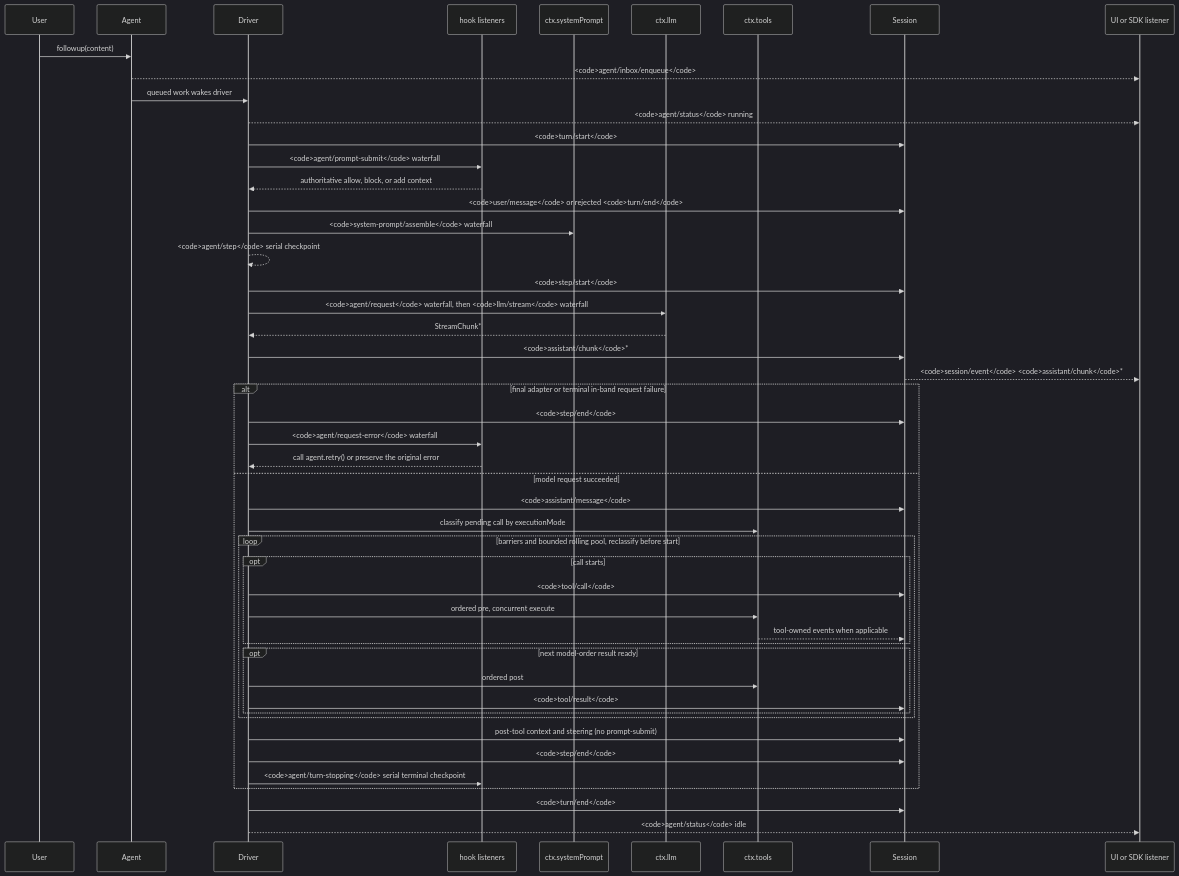
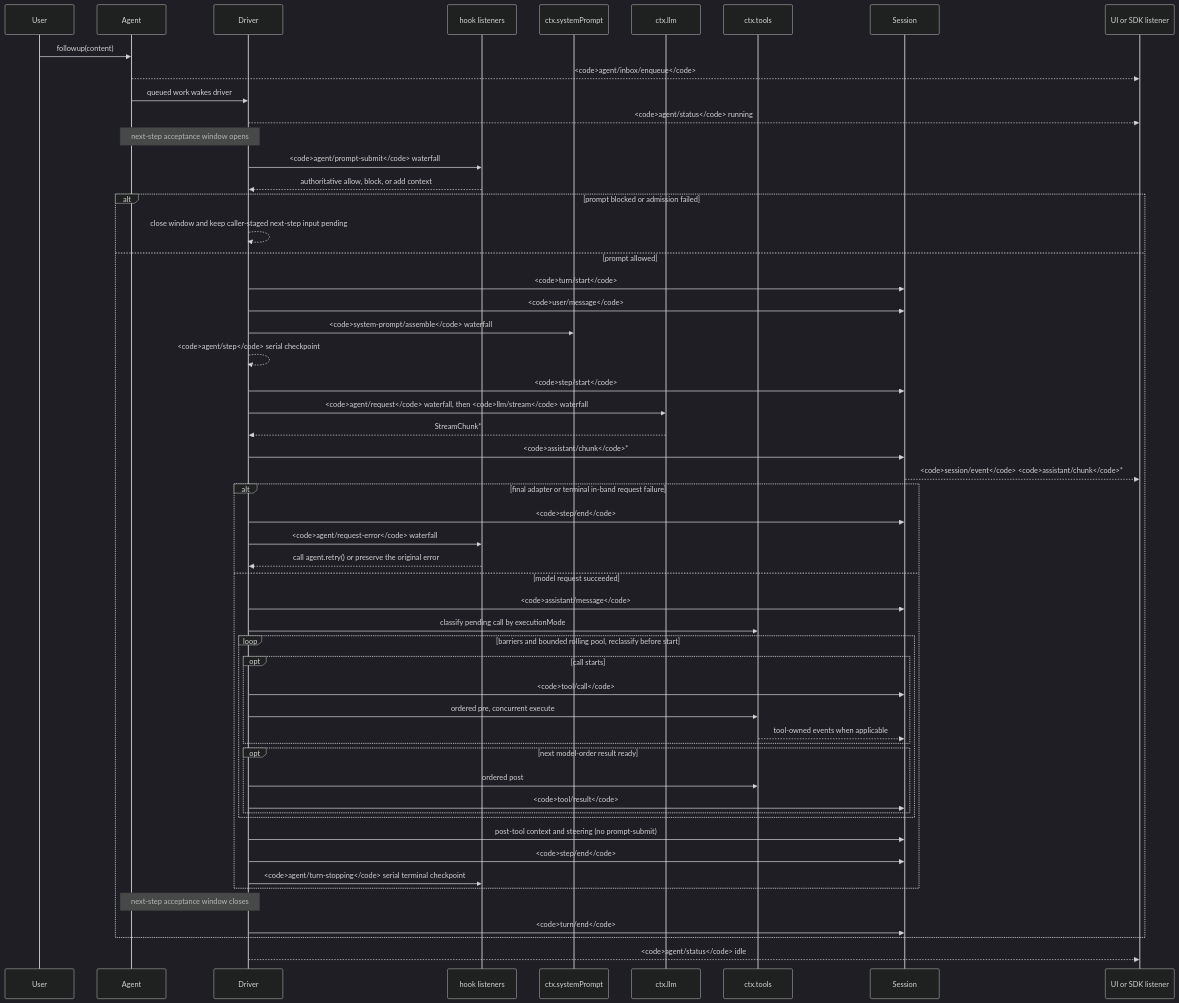
One commit to 007M7/DeepCode changed the diagram in docs/agent-lifecycle.md. Above: the diagram before and after it, drawn with Mermaid (dark theme). The commit also changed 34 other files, not shown here.

Commit message:
docs(agent): document next-step acceptance window

````diff
--- a/docs/agent-lifecycle.md
+++ b/docs/agent-lifecycle.md
@@ -8,51 +8,57 @@
 ```mermaid
 sequenceDiagram
   participant User
   participant Agent
   participant Driver
   participant Hooks as hook listeners
   participant Prompt as ctx.systemPrompt
   participant LLM as ctx.llm
   participant Tools as ctx.tools
   participant Session
   participant SDK as UI or SDK listener
   User->>Agent: followup(content)
   Agent-->>SDK: <code>agent/inbox/enqueue</code>
   Agent->>Driver: queued work wakes driver
   Driver-->>SDK: <code>agent/status</code> running
-  Driver->>Session: <code>turn/start</code>
+  Note over Agent,Driver: next-step acceptance window opens
   Driver->>Hooks: <code>agent/prompt-submit</code> waterfall
   Hooks-->>Driver: authoritative allow, block, or add context
-  Driver->>Session: <code>user/message</code> or rejected <code>turn/end</code>
+  alt prompt blocked or admission failed
+    Driver-->>Driver: close window and keep caller-staged next-step input pending
+  else prompt allowed
+  Driver->>Session: <code>turn/start</code>
+  Driver->>Session: <code>user/message</code>
   Driver->>Prompt: <code>system-prompt/assemble</code> waterfall
   Driver-->>Driver: <code>agent/step</code> serial checkpoint
   Driver->>Session: <code>step/start</code>
   Driver->>LLM: <code>agent/request</code> waterfall, then <code>llm/stream</code> waterfall
   LLM-->>Driver: StreamChunk*
   Driver->>Session: <code>assistant/chunk</code>*
   Session-->>SDK: <code>session/event</code> <code>assistant/chunk</code>*
   alt final adapter or terminal in-band request failure
     Driver->>Session: <code>step/end</code>
     Driver->>Hooks: <code>agent/request-error</code> waterfall
     Hooks-->>Driver: call agent.retry() or preserve the original error
   else model request succeeded
   Driver->>Session: <code>assistant/message</code>
   Driver->>Tools: classify pending call by executionMode
   loop barriers and bounded rolling pool, reclassify before start
     opt call starts
       Driver->>Session: <code>tool/call</code>
       Driver->>Tools: ordered pre, concurrent execute
       Tools-->>Session: tool-owned events when applicable
     end
     opt next model-order result ready
       Driver->>Tools: ordered post
       Driver->>Session: <code>tool/result</code>
     end
   end
   Driver->>Session: post-tool context and steering (no prompt-submit)
   Driver->>Session: <code>step/end</code>
   Driver->>Hooks: <code>agent/turn-stopping</code> serial terminal checkpoint
   end
+  Note over Agent,Driver: next-step acceptance window closes
   Driver->>Session: <code>turn/end</code>
+  end
   Driver-->>SDK: <code>agent/status</code> idle
 ```
````
